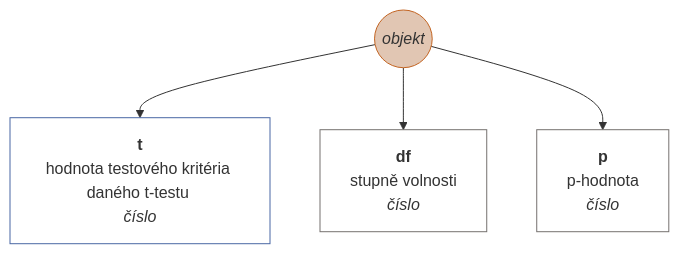
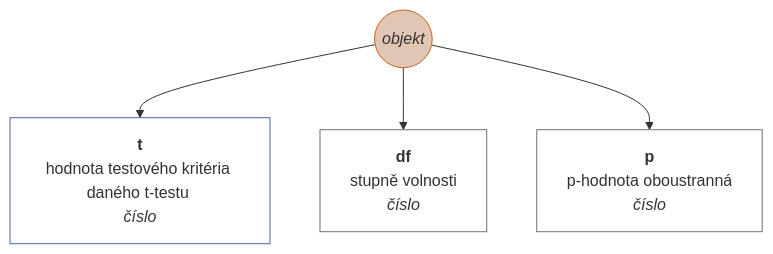
Diagram 39 of 45 in docs/cs-CZ.md (muzikp/retusa), drawn with Mermaid before and after one commit. The commit also changed other lines of this file and 4 other files, not shown here.

````diff
--- a/docs/cs-CZ.md
+++ b/docs/cs-CZ.md
@@ -1566,16 +1566,16 @@
 ```mermaid
 graph TD
 ttestpair((<i>objekt</i>))
 style ttestpair fill:#E1C6B3;
 style ttestpair stroke:#C36422;
 ttestpair --> t[<b>t</b><br>hodnota testového kritéria daného t-testu <br><i>číslo</i>]
 style t fill:#FFFFFF;
 style t stroke:#4967A4;
 ttestpair --> df[<b>df</b><br>stupně volnosti <br><i>číslo</i>]
 style df fill:#FFFFFF;
 style df stroke:#75716F;
-ttestpair --> p[<b>p</b><br>p-hodnota <br><i>číslo</i>]
+ttestpair --> p[<b>p</b><br>p-hodnota oboustranná <br><i>číslo</i>]
 style p fill:#FFFFFF;
 style p stroke:#75716F;
 
 ```
````
